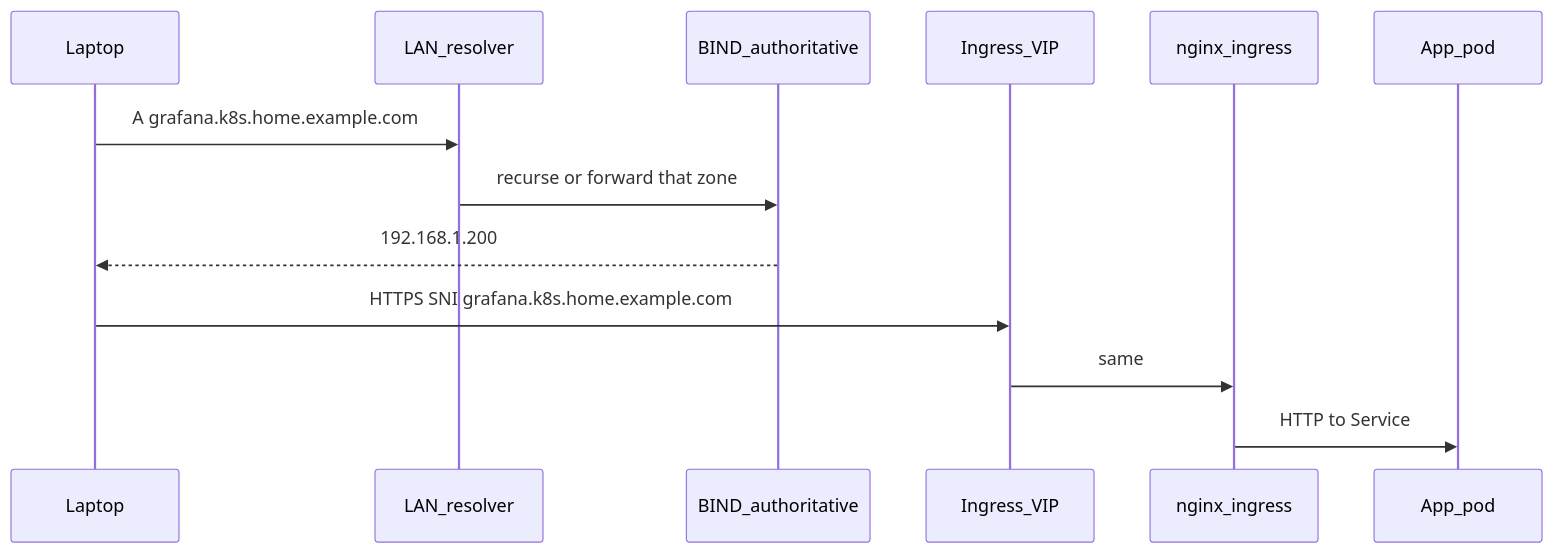
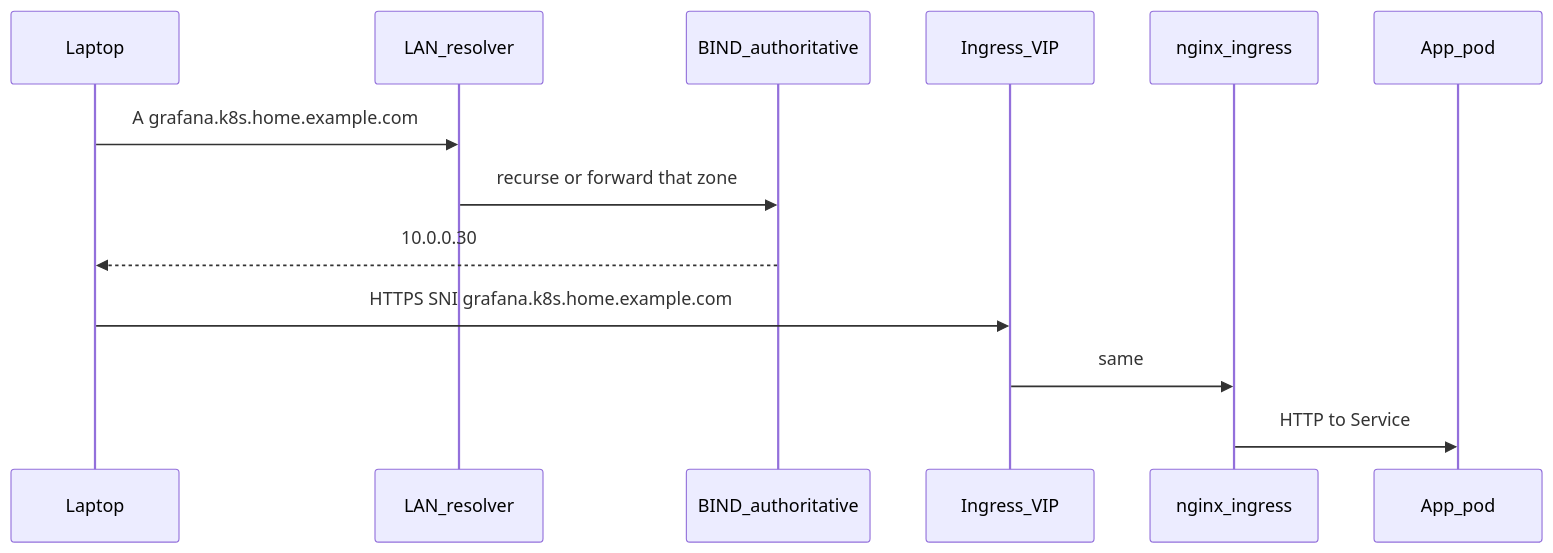
The diagram in docs/dns.md (jslay88/homelab-gitops-starter), drawn with Mermaid before and after one commit. The commit also changed other lines of this file and 17 other files, not shown here.

````diff
--- a/docs/dns.md
+++ b/docs/dns.md
@@ -11,16 +11,16 @@
 ```mermaid
 sequenceDiagram
   participant Laptop
   participant Resolver as LAN_resolver
   participant Auth as BIND_authoritative
   participant VIP as Ingress_VIP
   participant Nginx as nginx_ingress
   participant Pod as App_pod
 
   Laptop->>Resolver: A grafana.k8s.home.example.com
   Resolver->>Auth: recurse or forward that zone
-  Auth-->>Laptop: 192.168.1.200
+  Auth-->>Laptop: 10.0.0.30
   Laptop->>VIP: HTTPS SNI grafana.k8s.home.example.com
   VIP->>Nginx: same
   Nginx->>Pod: HTTP to Service
 ```
````
